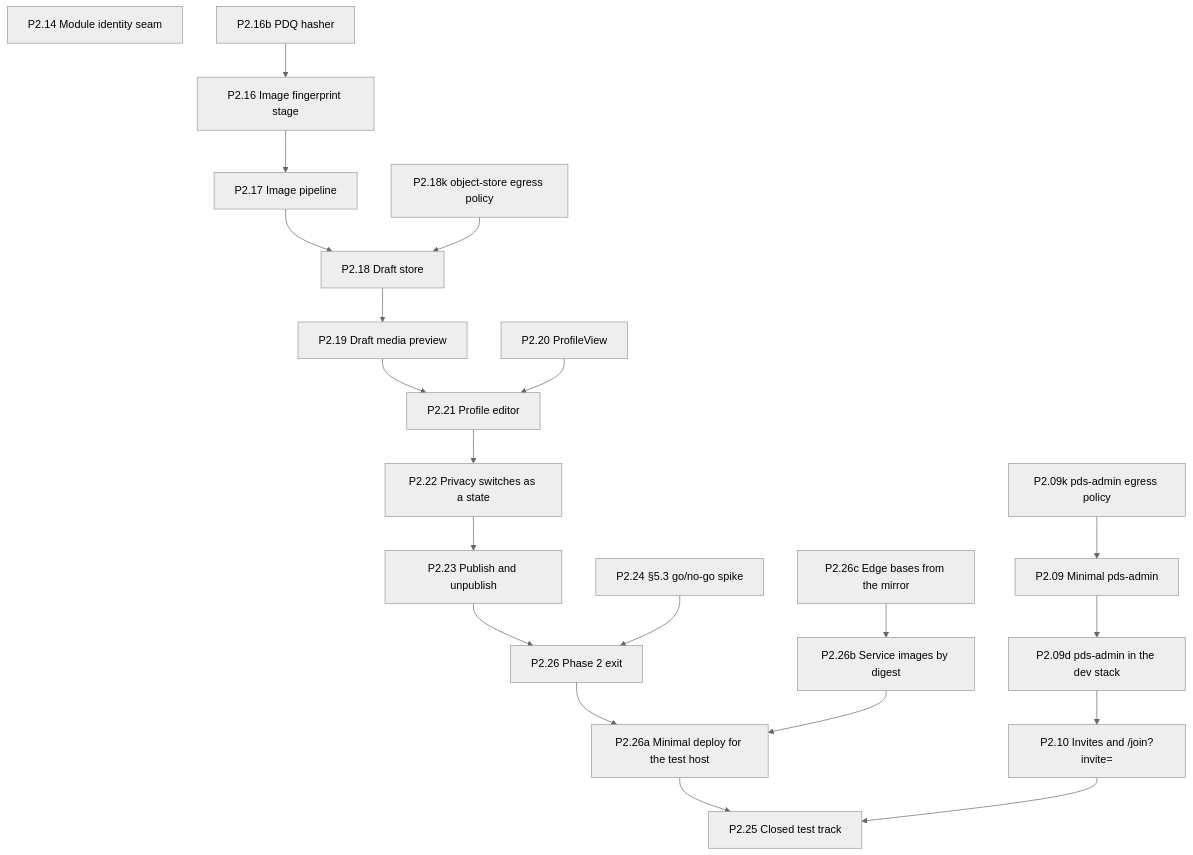
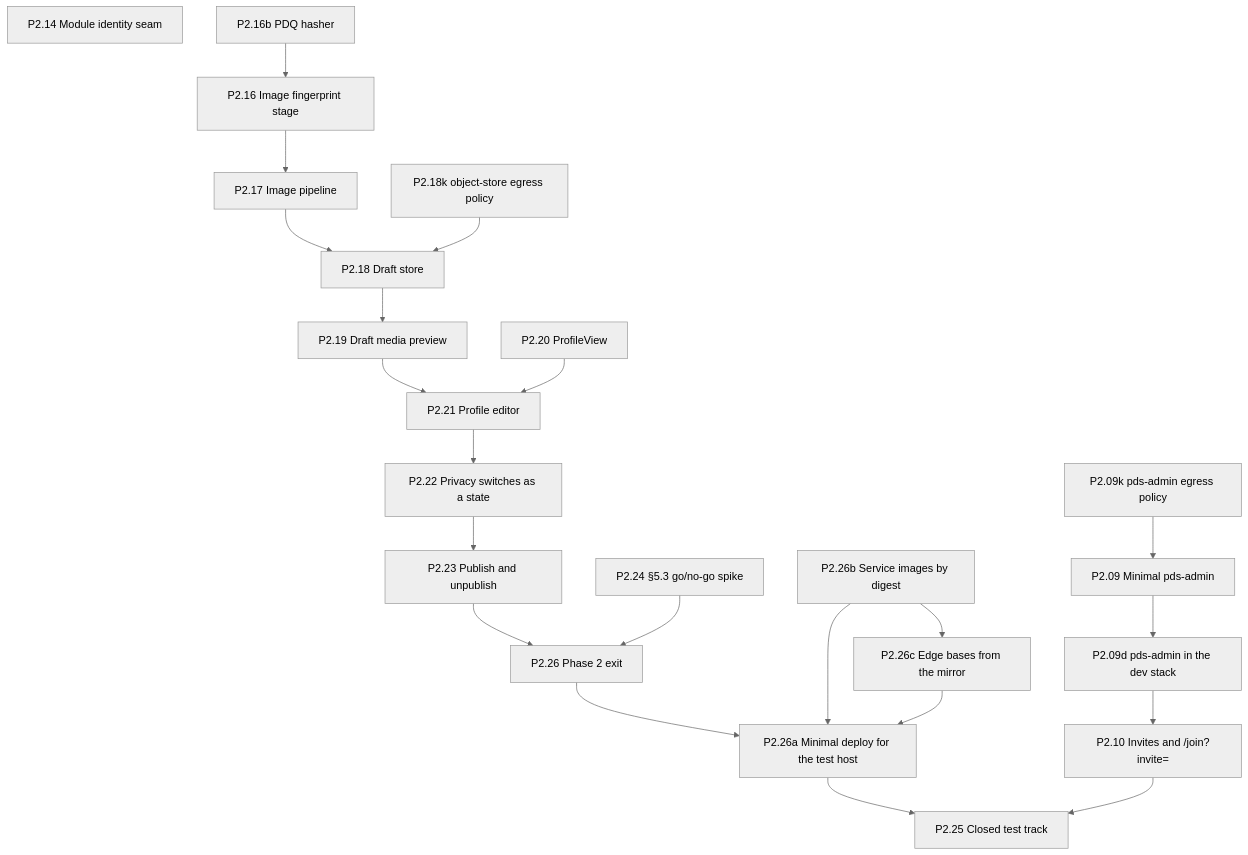
Before and after one commit to Undefined6799/unset: the fifth of 11 diagrams in docs/ai/book/01-outline.md, drawn with Mermaid (neutral theme). The commit also changed other lines of this file and 3 other files, not shown here.

````diff
--- a/docs/ai/book/01-outline.md
+++ b/docs/ai/book/01-outline.md
@@ -1240,43 +1240,44 @@
 ```mermaid
 flowchart TD
   P2_09["P2.09 Minimal pds-admin"]
   P2_09d["P2.09d pds-admin in the dev stack"]
   P2_09k["P2.09k pds-admin egress policy"]
   P2_10["P2.10 Invites and /join?invite="]
   P2_14["P2.14 Module identity seam"]
   P2_16b["P2.16b PDQ hasher"]
   P2_16["P2.16 Image fingerprint stage"]
   P2_17["P2.17 Image pipeline"]
   P2_18["P2.18 Draft store"]
   P2_18k["P2.18k object-store egress policy"]
   P2_19["P2.19 Draft media preview"]
   P2_20["P2.20 ProfileView"]
   P2_21["P2.21 Profile editor"]
   P2_22["P2.22 Privacy switches as a state"]
   P2_23["P2.23 Publish and unpublish"]
   P2_24["P2.24 §5.3 go/no-go spike"]
   P2_26["P2.26 Phase 2 exit"]
+  P2_26b["P2.26b Service images by digest"]
   P2_26c["P2.26c Edge bases from the mirror"]
-  P2_26b["P2.26b Service images by digest"]
   P2_26a["P2.26a Minimal deploy for the test host"]
   P2_25["P2.25 Closed test track"]
   P2_16b --> P2_16
   P2_16 --> P2_17
   P2_17 --> P2_18
   P2_18 --> P2_19
   P2_19 --> P2_21
   P2_20 --> P2_21
   P2_21 --> P2_22
   P2_22 --> P2_23
   P2_23 --> P2_26
   P2_24 --> P2_26
   P2_26 --> P2_26a
-  P2_26c --> P2_26b
+  P2_26b --> P2_26c
   P2_26b --> P2_26a
+  P2_26c --> P2_26a
   P2_26a --> P2_25
   P2_10 --> P2_25
   P2_18k --> P2_18
   P2_09k --> P2_09
   P2_09 --> P2_09d
   P2_09d --> P2_10
 ```
````
